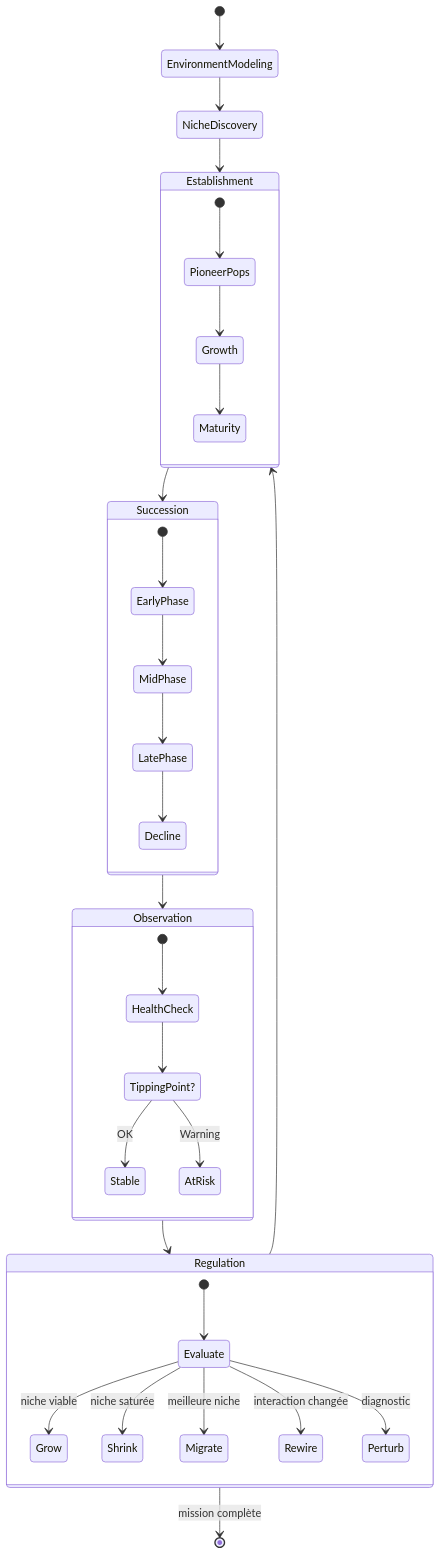
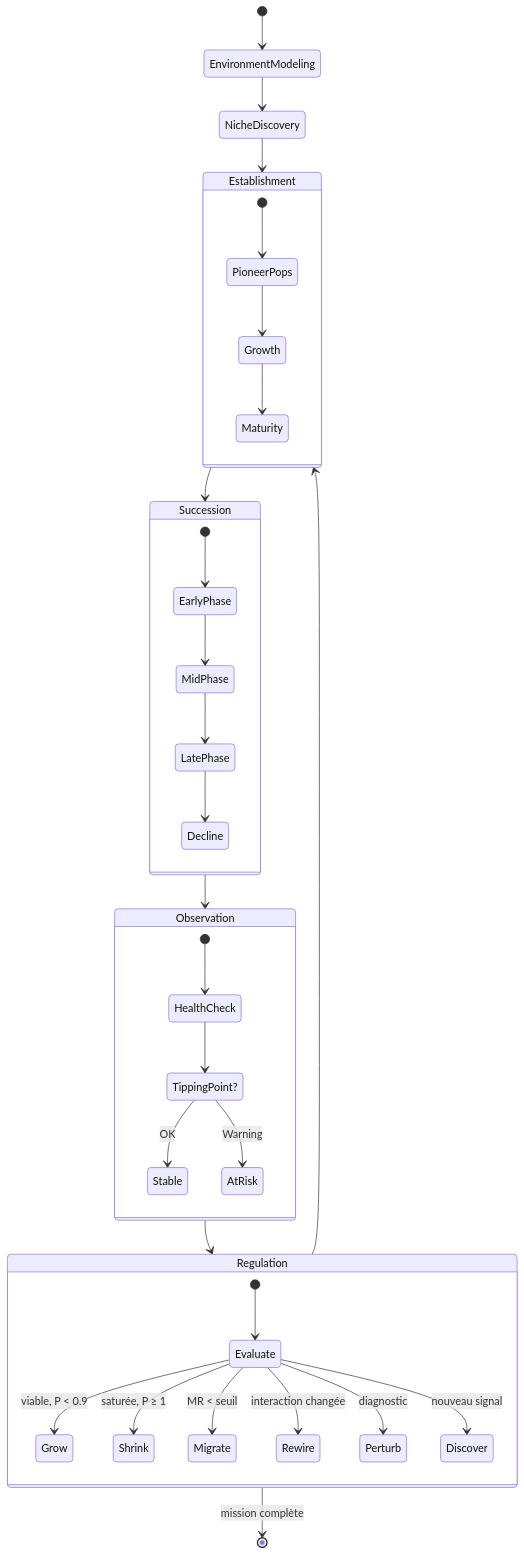
Before and after one commit to PISSARAW/GenOS: the third of 4 diagrams in docs/02-orchestration/topologies/biome.md, drawn with Mermaid. The commit also changed other lines of this file and 4 other files, not shown here.

````diff
--- a/docs/02-orchestration/topologies/biome.md
+++ b/docs/02-orchestration/topologies/biome.md
@@ -1102,44 +1030,45 @@
 ```mermaid
 stateDiagram-v2
     [*] --> EnvironmentModeling
     EnvironmentModeling --> NicheDiscovery
     NicheDiscovery --> Establishment
 
     state Establishment {
         [*] --> PioneerPops
         PioneerPops --> Growth
         Growth --> Maturity
     }
 
     Establishment --> Succession
 
     state Succession {
         [*] --> EarlyPhase
         EarlyPhase --> MidPhase
         MidPhase --> LatePhase
         LatePhase --> Decline
     }
 
     Succession --> Observation
 
     state Observation {
         [*] --> HealthCheck
         HealthCheck --> TippingPoint?
-        TippingPoint? --> Stable: OK
-        TippingPoint? --> AtRisk: Warning
+        TippingPoint? --> Stable : OK
+        TippingPoint? --> AtRisk : Warning
     }
 
     Observation --> Regulation
 
     state Regulation {
         [*] --> Evaluate
-        Evaluate --> Grow: niche viable
-        Evaluate --> Shrink: niche saturée
-        Evaluate --> Migrate: meilleure niche
-        Evaluate --> Rewire: interaction changée
-        Evaluate --> Perturb: diagnostic
+        Evaluate --> Grow : viable, P < 0.9
+        Evaluate --> Shrink : saturée, P ≥ 1
+        Evaluate --> Migrate : MR < seuil
+        Evaluate --> Rewire : interaction changée
+        Evaluate --> Perturb : diagnostic
+        Evaluate --> Discover : nouveau signal
     }
 
     Regulation --> Establishment
-    Regulation --> [*]: mission complète
+    Regulation --> [*] : mission complète
 ```
````
